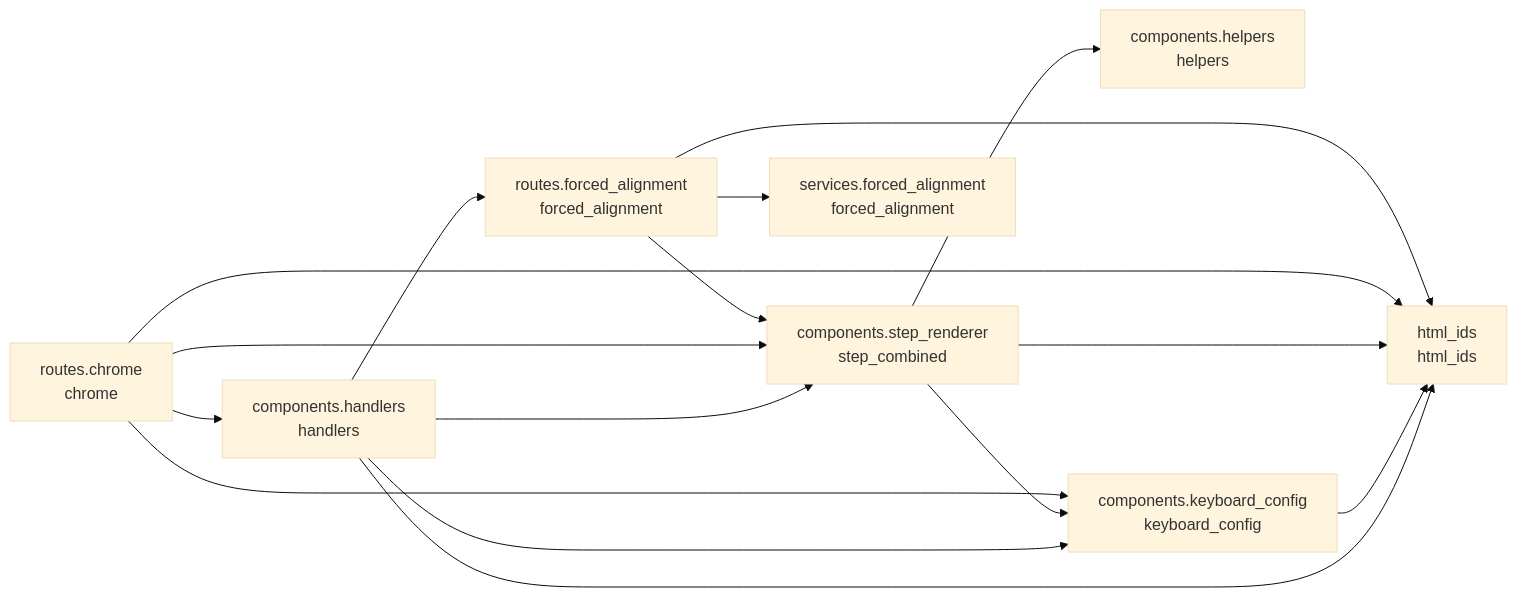
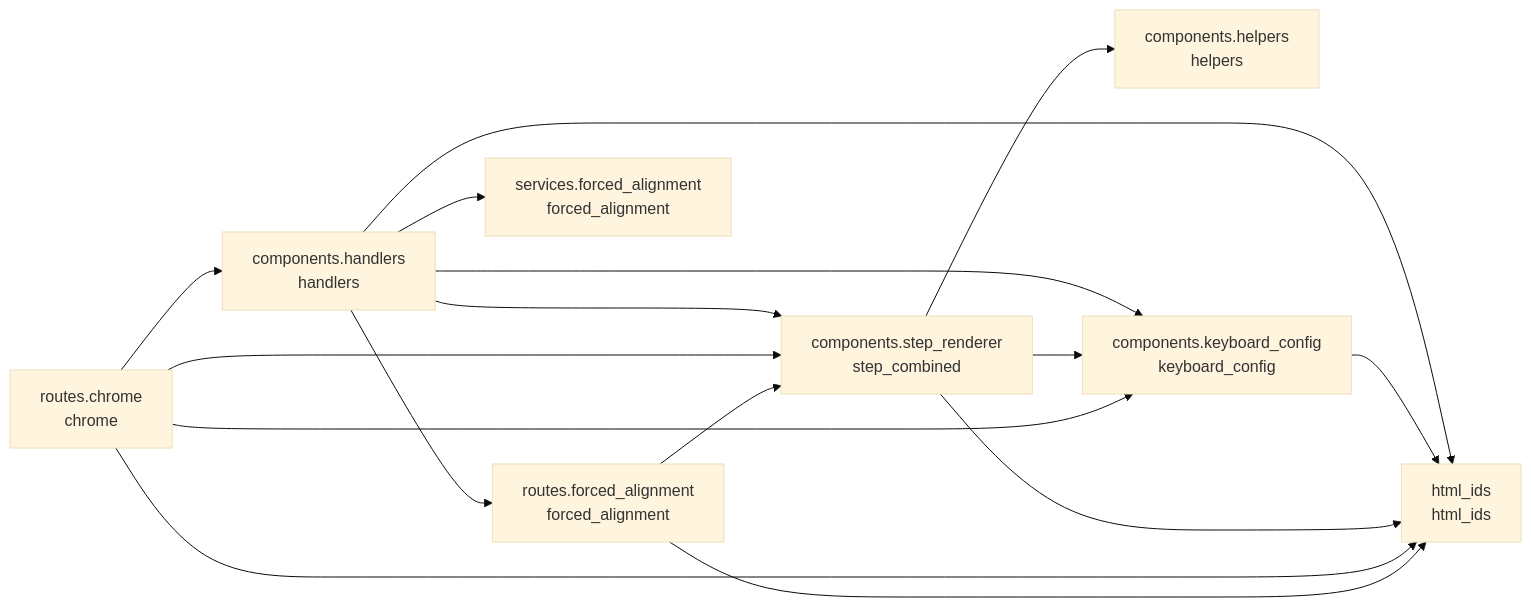
One commit to cj-mills/cjm-transcript-segment-align changed the diagram in README.md. Above: the diagram before and after it, drawn with Mermaid (base theme). The commit also changed other lines of this file and 15 other files, not shown here.

Commit message:
Integrate cjm-fasthtml-job-monitor for async FA execution with SSE progress, multi-source job sequences, and job monitor overlay/modal in dual-column layout.

````diff
--- a/README.md
+++ b/README.md
@@ -31,27 +31,27 @@
 ``` mermaid
 graph LR
     components_handlers[components.handlers<br/>handlers]
     components_helpers[components.helpers<br/>helpers]
     components_keyboard_config[components.keyboard_config<br/>keyboard_config]
     components_step_renderer[components.step_renderer<br/>step_combined]
     html_ids[html_ids<br/>html_ids]
     routes_chrome[routes.chrome<br/>chrome]
     routes_forced_alignment[routes.forced_alignment<br/>forced_alignment]
     services_forced_alignment[services.forced_alignment<br/>forced_alignment]
 
+    components_handlers --> services_forced_alignment
     components_handlers --> components_step_renderer
     components_handlers --> html_ids
     components_handlers --> components_keyboard_config
     components_handlers --> routes_forced_alignment
     components_keyboard_config --> html_ids
+    components_step_renderer --> components_helpers
     components_step_renderer --> html_ids
     components_step_renderer --> components_keyboard_config
-    components_step_renderer --> components_helpers
-    routes_chrome --> components_handlers
     routes_chrome --> html_ids
     routes_chrome --> components_keyboard_config
+    routes_chrome --> components_handlers
     routes_chrome --> components_step_renderer
+    routes_forced_alignment --> html_ids
     routes_forced_alignment --> components_step_renderer
-    routes_forced_alignment --> html_ids
-    routes_forced_alignment --> services_forced_alignment
 ```
````
